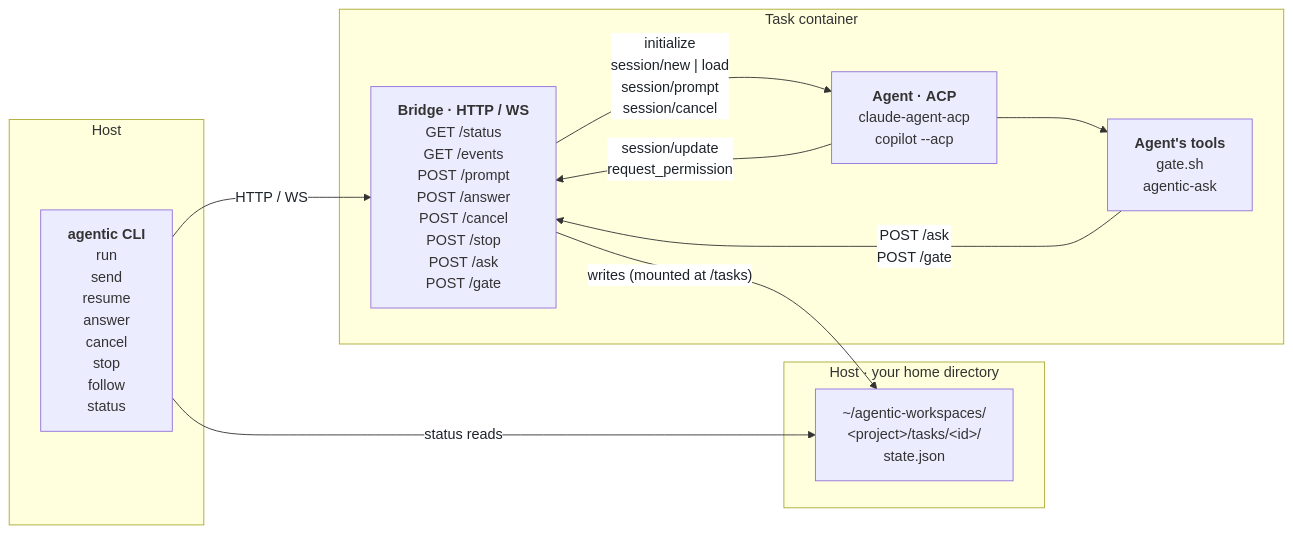
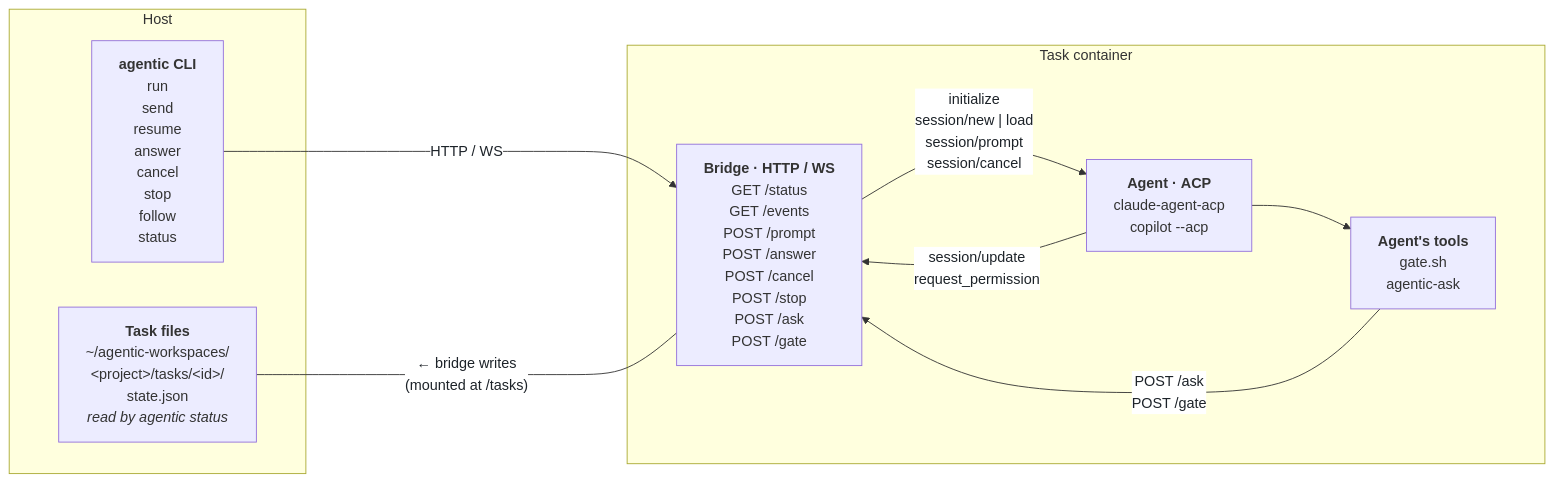
One commit to popescualextraian/pathfinder-dev-base changed the diagram in README.md. Above: the diagram before and after it, drawn with Mermaid.

Commit message:
docs: task files inside the host box of the diagram

````diff
--- a/README.md
+++ b/README.md
@@ -126,23 +126,20 @@
 ```mermaid
-%%{init: {"theme": "default", "themeVariables": {"edgeLabelBackground": "#ffffff"}, "flowchart": {"rankSpacing": 70, "nodeSpacing": 40}}}%%
+%%{init: {"theme": "default", "themeVariables": {"edgeLabelBackground": "#ffffff"}, "flowchart": {"rankSpacing": 110, "nodeSpacing": 50}}}%%
 flowchart LR
   subgraph host["Host"]
     cli["<b>agentic&nbsp;CLI</b><br/>run<br/>send<br/>resume<br/>answer<br/>cancel<br/>stop<br/>follow<br/>status"]
-  end
-  subgraph home["Host · your home directory"]
-    state["~/agentic-workspaces/<br/>&lt;project&gt;/tasks/&lt;id&gt;/<br/>state.json"]
+    state["<b>Task&nbsp;files</b><br/>~/agentic-workspaces/<br/>&lt;project&gt;/tasks/&lt;id&gt;/<br/>state.json<br/><i>read by agentic status</i>"]
   end
   subgraph task["Task container"]
     bridge["<b>Bridge&nbsp;·&nbsp;HTTP&nbsp;/&nbsp;WS</b><br/>GET&nbsp;/status<br/>GET&nbsp;/events<br/>POST&nbsp;/prompt<br/>POST&nbsp;/answer<br/>POST&nbsp;/cancel<br/>POST&nbsp;/stop<br/>POST&nbsp;/ask<br/>POST&nbsp;/gate"]
     agent["<b>Agent&nbsp;·&nbsp;ACP</b><br/>claude-agent-acp<br/>copilot&nbsp;--acp"]
     tools["<b>Agent's&nbsp;tools</b><br/>gate.sh<br/>agentic-ask"]
   end
   cli -- "HTTP / WS" --> bridge
+  state <---|"← bridge writes<br/>(mounted at /tasks)"| bridge
   bridge -- "initialize<br/>session/new | load<br/>session/prompt<br/>session/cancel" --> agent
   agent -- "session/update<br/>request_permission" --> bridge
   agent --> tools
   tools -- "POST /ask<br/>POST /gate" --> bridge
-  bridge -- "writes (mounted at /tasks)" --> state
-  cli -- "status reads" --> state
   linkStyle default color:#1d2329
 ```
````
